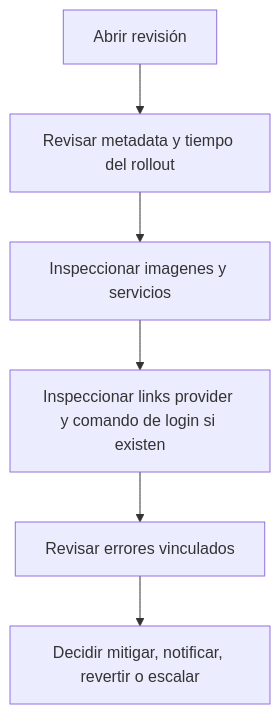
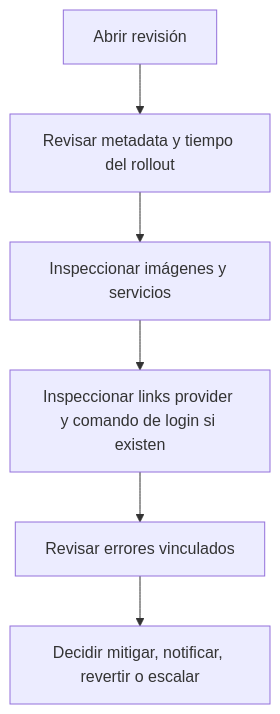
One commit to Moonin-Lab/Moonin-Docs changed the second of 2 diagrams in src/content/docs/es/revisions/index.md. Above: the diagram before and after it, drawn with Mermaid. The commit also changed other lines of this file and 30 other files, not shown here.

````diff
--- a/src/content/docs/es/revisions/index.md
+++ b/src/content/docs/es/revisions/index.md
@@ -64,11 +64,11 @@
 ```mermaid
 flowchart TD
     A[Abrir revisión]
     B[Revisar metadata y tiempo del rollout]
-    C[Inspeccionar imagenes y servicios]
+    C[Inspeccionar imágenes y servicios]
     D[Inspeccionar links provider y comando de login si existen]
     E[Revisar errores vinculados]
     F[Decidir mitigar, notificar, revertir o escalar]
 
     A --> B --> C --> D --> E --> F
 ```
````
